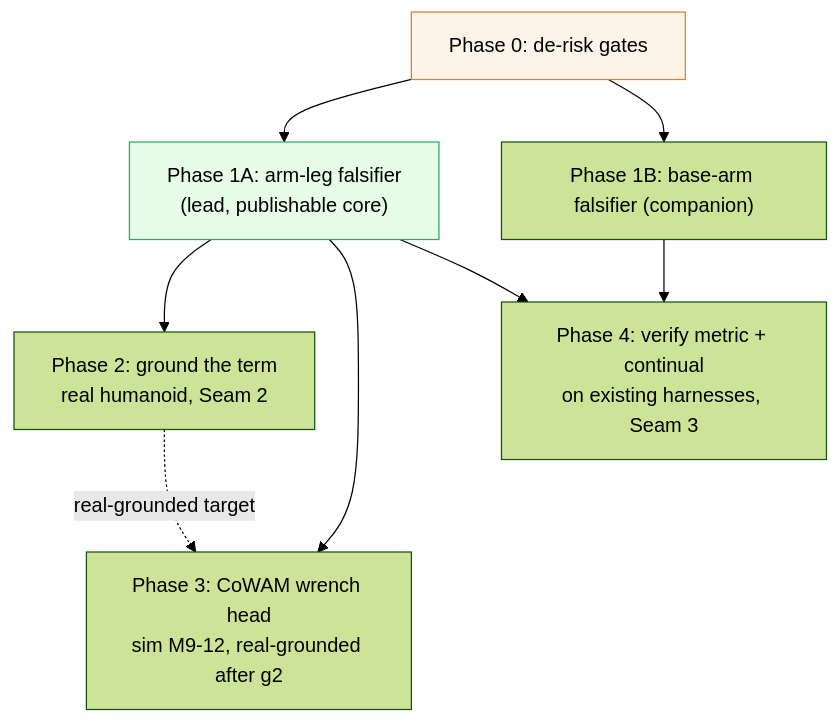
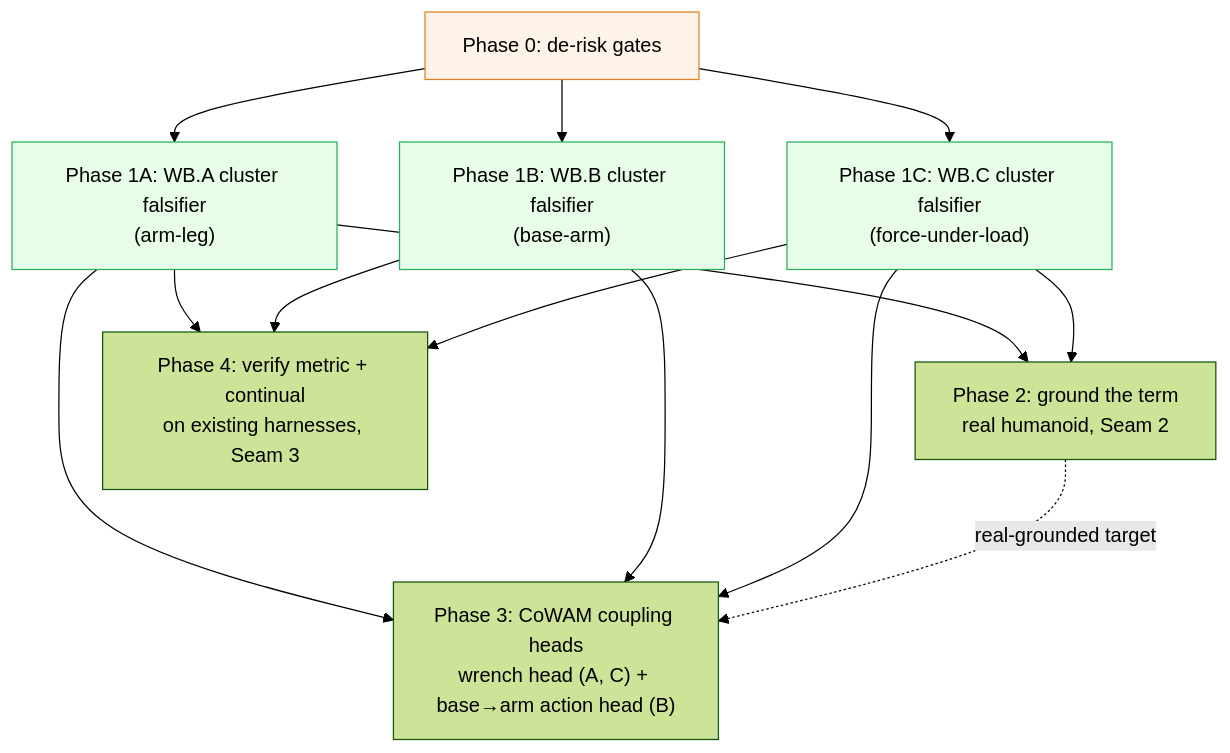
One commit to ChuaHanChong/ResearchBrain changed the second of 2 diagrams in _Projects_/Research-Directions/Focus-Direction-Research-Plan-detailed.md. Above: the diagram before and after it, drawn with Mermaid (forest theme). The commit also changed other lines of this file and 4 other files, not shown here.

First line of the commit message:
refactor(Research-Directions): cluster-level falsifiers, co-equal WB.A/B/C, drop paper/timeline, content fixes

````diff
--- a/_Projects_/Research-Directions/Focus-Direction-Research-Plan-detailed.md
+++ b/_Projects_/Research-Directions/Focus-Direction-Research-Plan-detailed.md
@@ -411,12 +956,19 @@
 ```mermaid
 graph TD
-    P0["Phase 0: de-risk gates"] --> P1A["Phase 1A: arm-leg falsifier<br/>(lead, publishable core)"]
-    P0 --> P1B["Phase 1B: base-arm falsifier (companion)"]
+    P0["Phase 0: de-risk gates"] --> P1A["Phase 1A: WB.A cluster falsifier<br/>(arm-leg)"]
+    P0 --> P1B["Phase 1B: WB.B cluster falsifier<br/>(base-arm)"]
+    P0 --> P1C["Phase 1C: WB.C cluster falsifier<br/>(force-under-load)"]
     P1A --> P2["Phase 2: ground the term<br/>real humanoid, Seam 2"]
-    P1A --> P3["Phase 3: CoWAM wrench head<br/>sim M9-12, real-grounded after g2"]
+    P1C --> P2
+    P1A --> P3["Phase 3: CoWAM coupling heads<br/>wrench head (A, C) + base→arm action head (B)"]
+    P1B --> P3
+    P1C --> P3
     P2 -.->|real-grounded target| P3
     P1A --> P4["Phase 4: verify metric + continual<br/>on existing harnesses, Seam 3"]
     P1B --> P4
+    P1C --> P4
     style P1A fill:#e8fde8,stroke:#27ae60
+    style P1B fill:#e8fde8,stroke:#27ae60
+    style P1C fill:#e8fde8,stroke:#27ae60
     style P0 fill:#fdf3e8,stroke:#e67e22
 ```
````
